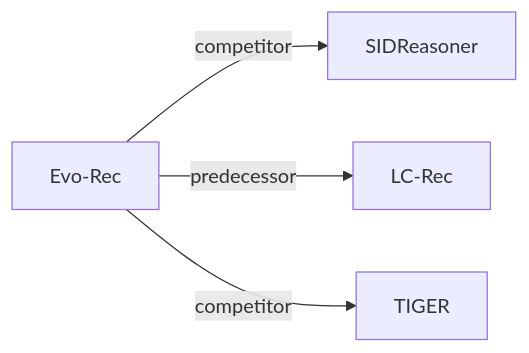
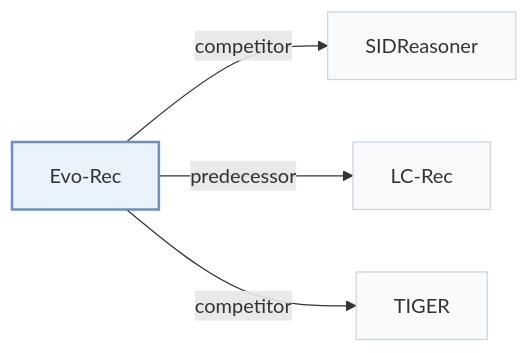
The second of 2 diagrams in pages/papers/evo-rec.md (Galaxy-ghost/Awesome-SID-Generative-Rec), drawn with Mermaid before and after one commit. The commit also changed other lines of this file and 649 other files, not shown here.

Commit message:
writer-05: also tags and modality index (schema, check, build, visuals); summary field removed; calibration data for 12 papers

````diff
--- a/pages/papers/evo-rec.md
+++ b/pages/papers/evo-rec.md
@@ -68,7 +74,11 @@
 ```mermaid
 flowchart LR
     P["Evo-Rec"]
-    P -->|competitor| A["SIDReasoner"]
-    P -->|predecessor| B["LC-Rec"]
-    P -->|competitor| C["TIGER"]
+    P -->|"competitor"| A["SIDReasoner"]
+    P -->|"predecessor"| B["LC-Rec"]
+    P -->|"competitor"| C["TIGER"]
+    classDef main fill:#eaf2fb,stroke:#6b8fc7,stroke-width:2px
+    classDef peer fill:#f8fafc,stroke:#cbd5e1
+    class P main
+    class A,B,C peer
 ```
````
